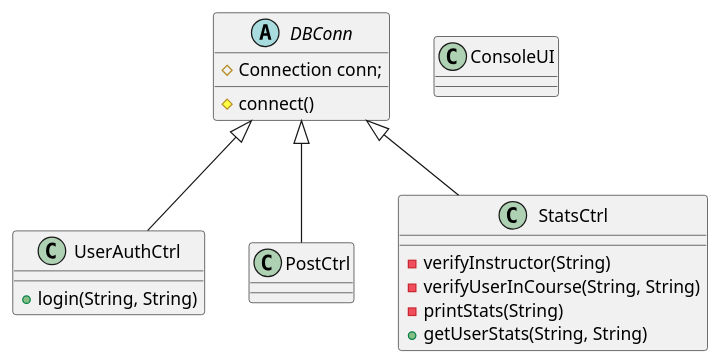
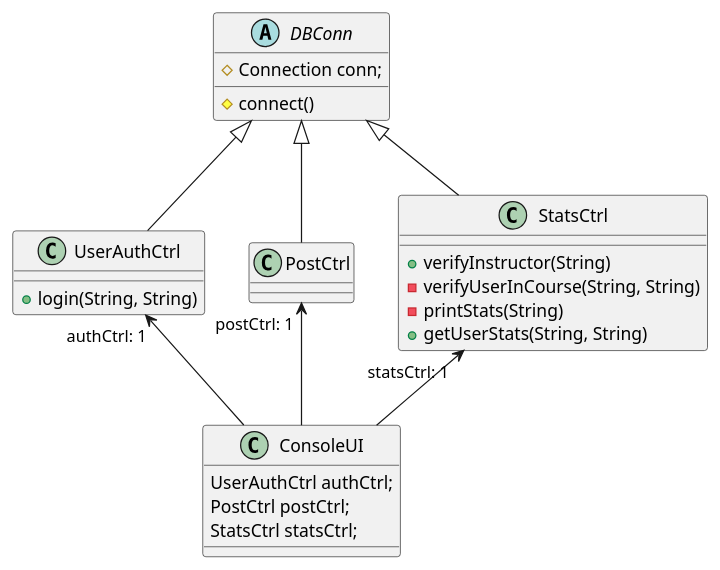
The diagram in Piazza/src/Documentations/ClassDiagram.puml (kavusiks/ForumDatabase), drawn with PlantUML before and after one commit. The commit also changed 5 other files, not shown here.

```diff
--- a/Piazza/src/Documentations/ClassDiagram.puml
+++ b/Piazza/src/Documentations/ClassDiagram.puml
@@ -1,32 +1,44 @@
 @startuml
 
 abstract class DBConn
 class UserAuthCtrl
 class PostCtrl
 class StatsCtrl
 class ConsoleUI
 
 DBConn <|-- UserAuthCtrl
 DBConn <|-- StatsCtrl
 DBConn <|-- PostCtrl
+UserAuthCtrl"authCtrl: 1"<--ConsoleUI
+PostCtrl"postCtrl: 1" <--ConsoleUI
+StatsCtrl"statsCtrl: 1"<--ConsoleUI
+
 
 
 abstract class DBConn {
 #Connection conn;
 #connect()
 }
 
 class UserAuthCtrl {
 +login(String, String)
 }
 
 class StatsCtrl {
--verifyInstructor(String)
++verifyInstructor(String)
 -verifyUserInCourse(String, String)
 -printStats(String)
 +getUserStats(String, String)
 }
 
+class ConsoleUI {
+UserAuthCtrl authCtrl;
+PostCtrl postCtrl;
+StatsCtrl statsCtrl;
+
+
+}
+
 
 
 @enduml
```
